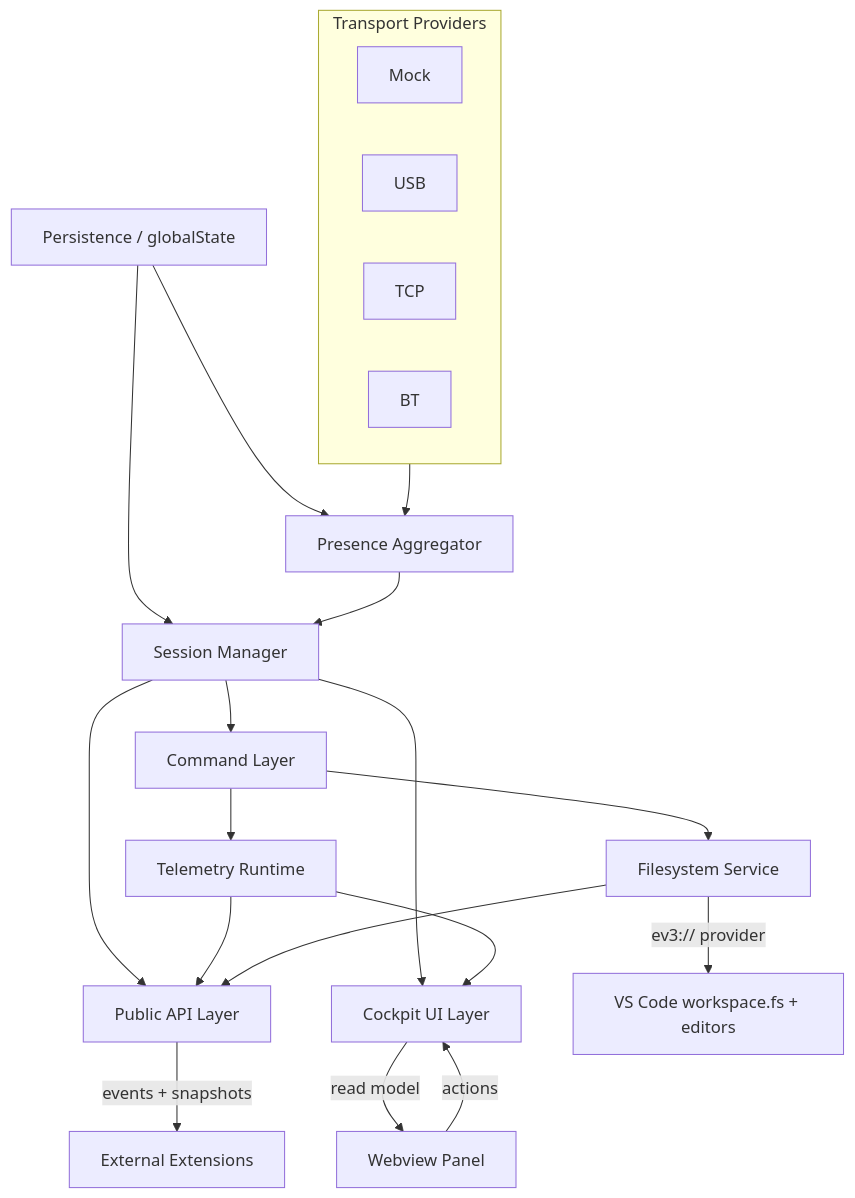
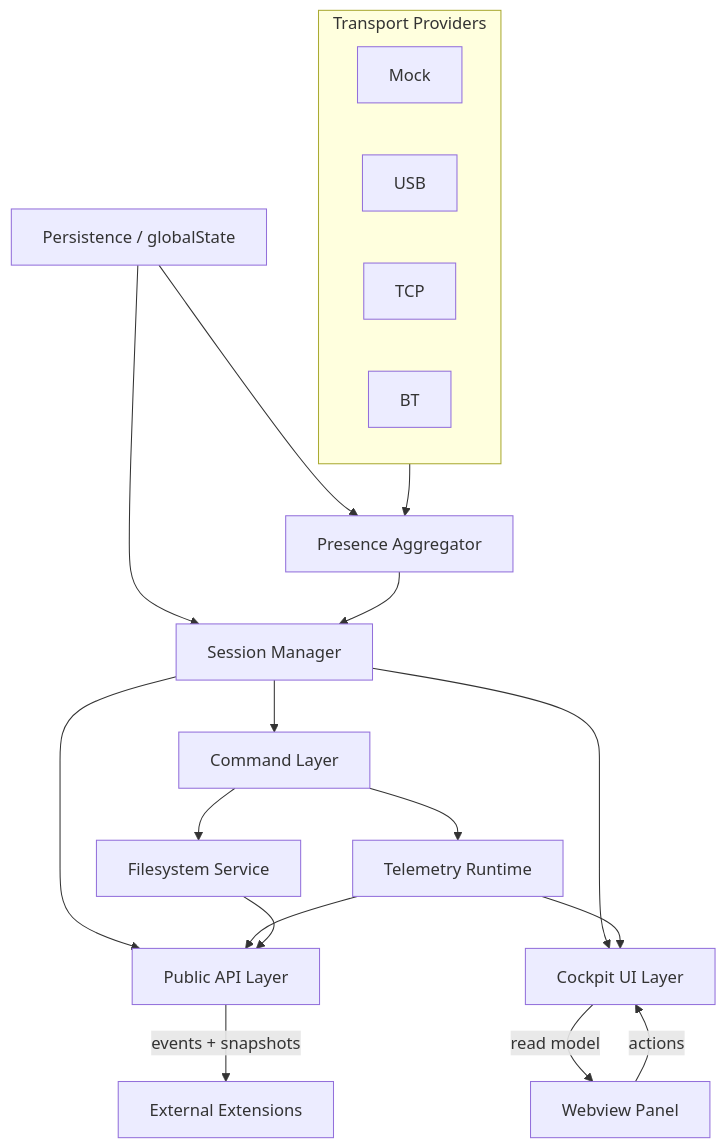
Before and after one commit to 99LevelsUp/ev3-cockpit: the first of 5 diagrams in DESIGN.md, drawn with Mermaid. The commit also changed other lines of this file and 2 other files, not shown here.

````diff
--- a/DESIGN.md
+++ b/DESIGN.md
@@ -93,36 +93,35 @@
 ```mermaid
 graph TD
     subgraph Providers["Transport Providers"]
         PM[Mock]
         PU[USB]
         PT[TCP]
         PB[BT]
     end
 
     PERS[Persistence / globalState]
 
     PA[Presence Aggregator]
     SM[Session Manager]
     CMD[Command Layer]
     TM[Telemetry Runtime]
     FS[Filesystem Service]
     API[Public API Layer]
     UI[Cockpit UI Layer]
 
     Providers --> PA
     PERS --> PA
     PERS --> SM
     PA --> SM
     SM --> CMD
     CMD --> TM
     CMD --> FS
     SM --> API
     TM --> API
     FS --> API
-    FS -->|ev3:// provider| VSC[VS Code workspace.fs + editors]
     SM --> UI
     TM --> UI
     API -->|events + snapshots| EXT[External Extensions]
     UI -->|read model| PANEL[Webview Panel]
     PANEL -->|actions| UI
 ```
````
